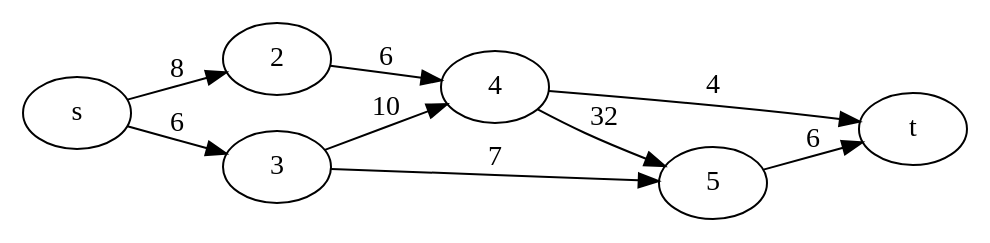
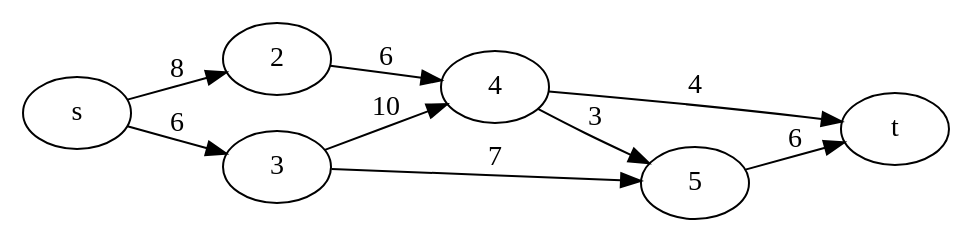
The diagram in flowtest.gv (Pafnaffan/Graph-projet-1), drawn with Graphviz before and after one commit. The commit also changed 2 other files, not shown here.

```diff
--- a/flowtest.gv
+++ b/flowtest.gv
@@ -1,11 +1,11 @@
 digraph flowNetwork {
     rankdir="LR"
     s->2 [label=8,len=8]
     s->3 [label=6,len=6]
     2->4 [label=6,len=6]
     3->4 [label=10,len=10]
     3->5 [label=7,len=7]
-    4->5 [label=32,len=32]
+    4->5 [label=3,len=3]
     4->t [label=4,len=4]
     5->t [label=6,len=6]
 }
```
